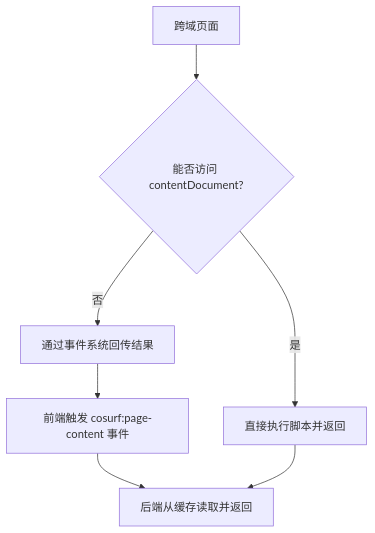
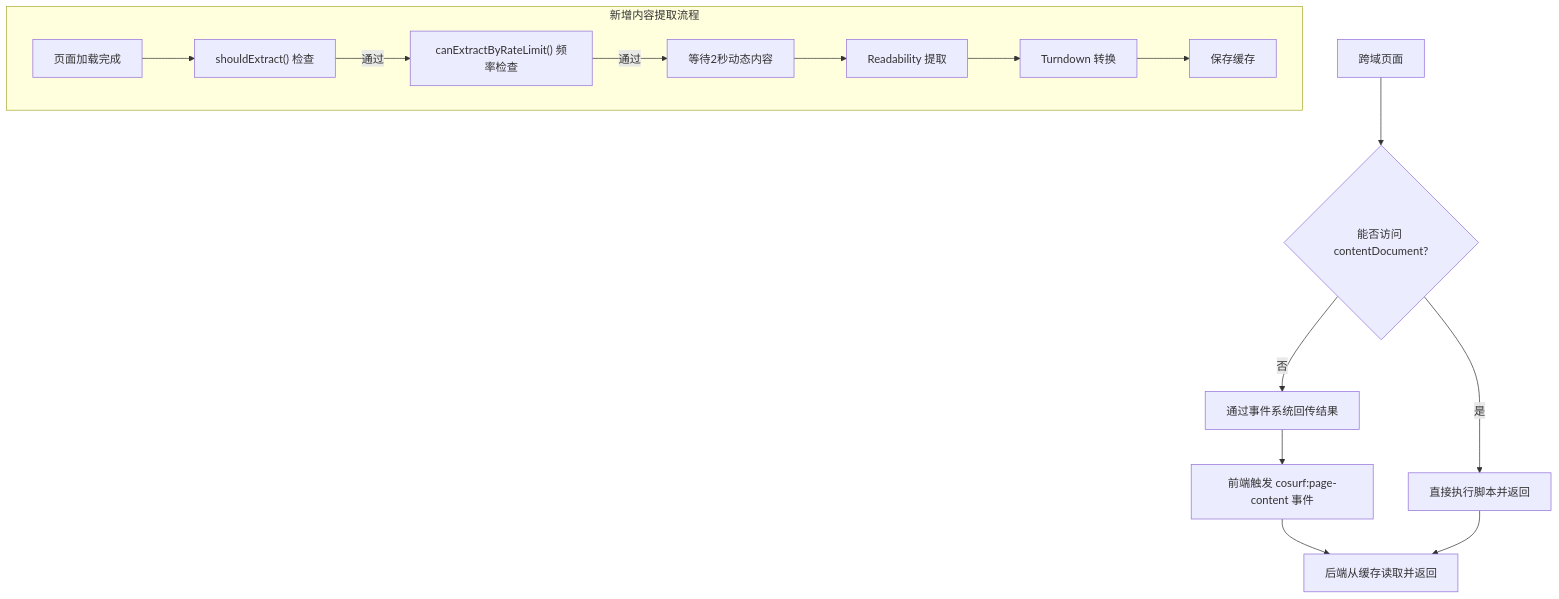
One commit to baike08/cosurf changed the eighth of 10 diagrams in .qoder/repowiki/zh/content/浏览器集成/页面上下文提取.md. Above: the diagram before and after it, drawn with Mermaid. The commit also changed other lines of this file and 23 other files, not shown here.

````diff
--- a/.qoder/repowiki/zh/content/浏览器集成/页面上下文提取.md
+++ b/.qoder/repowiki/zh/content/浏览器集成/页面上下文提取.md
@@ -253,9 +372,17 @@
 ```mermaid
 flowchart TD
 A["跨域页面"] --> B{"能否访问 contentDocument?"}
 B --> |否| C["通过事件系统回传结果"]
 B --> |是| D["直接执行脚本并返回"]
 C --> E["前端触发 cosurf:page-content 事件"]
 E --> F["后端从缓存读取并返回"]
 D --> F
+subgraph "新增内容提取流程"
+G["页面加载完成"] --> H["shouldExtract() 检查"]
+H --> |通过| I["canExtractByRateLimit() 频率检查"]
+I --> |通过| J["等待2秒动态内容"]
+J --> K["Readability 提取"]
+K --> L["Turndown 转换"]
+L --> M["保存缓存"]
+end
 ```
````
